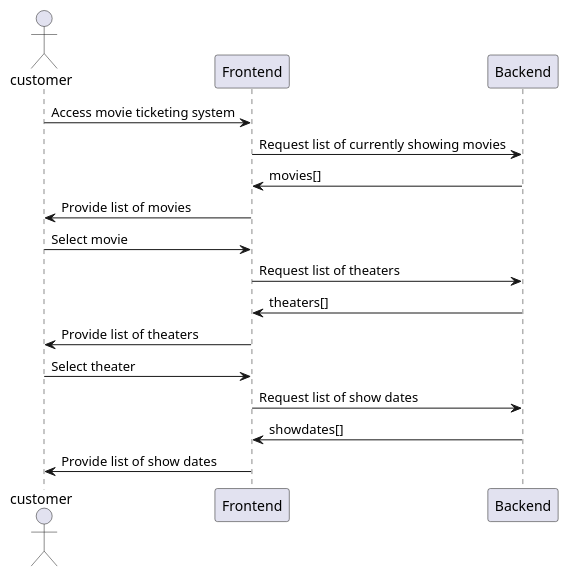
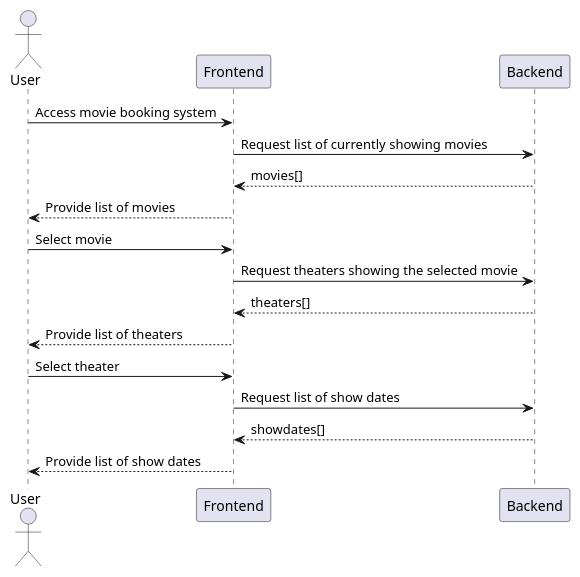
Before and after one commit to mannercode/mannercode.github.io: the first of 6 diagrams in _posts/2024-05-04-ebi-en.md, drawn with PlantUML. The commit also changed other lines of this file, not shown here.

```diff
--- a/_posts/2024-05-04-ebi-en.md
+++ b/_posts/2024-05-04-ebi-en.md
@@ -110,20 +111,20 @@
 {% plantuml %}
 @startuml
-actor customer
-participant “Frontend” as front
-participant “Backend” as back
+actor User as customer
+participant "Frontend" as front
+participant "Backend" as back
 
-customer -> front : Access movie ticketing system
+customer -> front : Access movie booking system
 front -> back : Request list of currently showing movies
-front <– back : movies[]
-customer <– front : Provide list of movies
+front <-- back : movies[]
+customer <-- front : Provide list of movies
 customer -> front : Select movie
-front -> back : Request list of theaters
-front <– back : theaters[]
-customer <– front : Provide list of theaters
+front -> back : Request theaters showing the selected movie
+front <-- back : theaters[]
+customer <-- front : Provide list of theaters
 customer -> front : Select theater
 front -> back : Request list of show dates
-front <– back : showdates[]
-customer <– front : Provide list of show dates
+front <-- back : showdates[]
+customer <-- front : Provide list of show dates
 @enduml
 {% endplantuml %}
```
